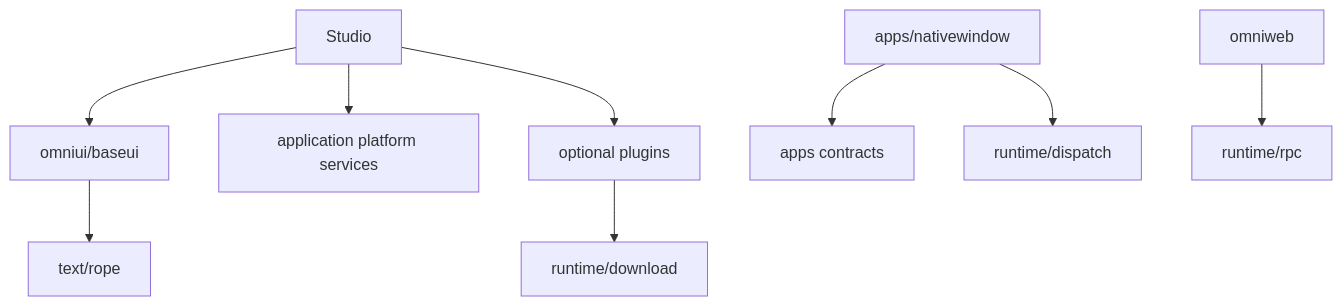
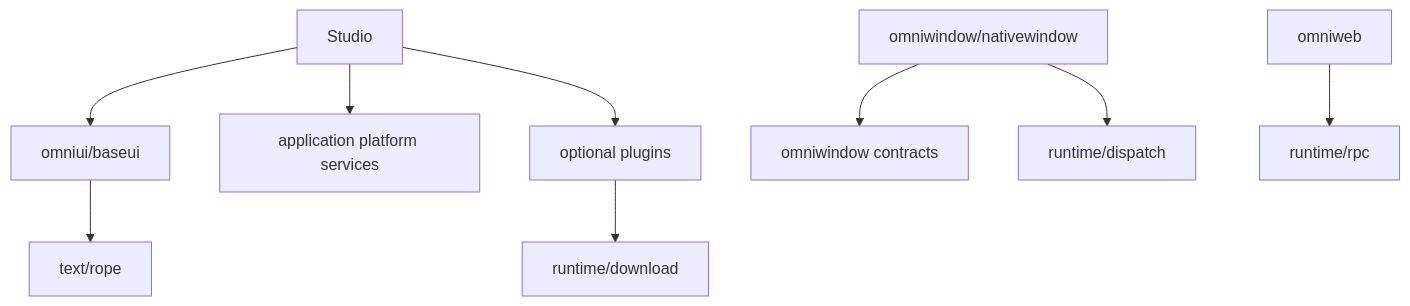
The diagram in docs/architecture.md (herlanai/omnigo), drawn with Mermaid before and after one commit. The commit also changed other lines of this file and 97 other files, not shown here.

First line of the commit message:
refactor: rename apps package to omniwindow

````diff
--- a/docs/architecture.md
+++ b/docs/architecture.md
@@ -25,11 +25,11 @@
 ```mermaid
 flowchart TD
     Studio --> BaseUI[omniui/baseui]
     Studio --> Apps[application platform services]
     Studio --> Plugins[optional plugins]
     BaseUI --> Rope[text/rope]
-    Native[apps/nativewindow] --> Contract[apps contracts]
+    Native[omniwindow/nativewindow] --> Contract[omniwindow contracts]
     Native --> Dispatch[runtime/dispatch]
     Plugins --> Download[runtime/download]
     Web[omniweb] --> RPC[runtime/rpc]
 ```
````
